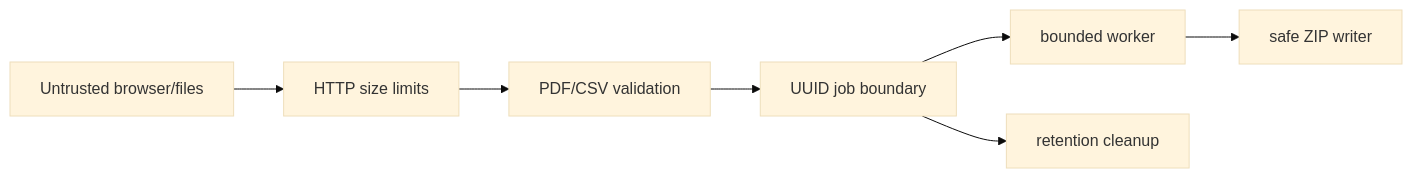
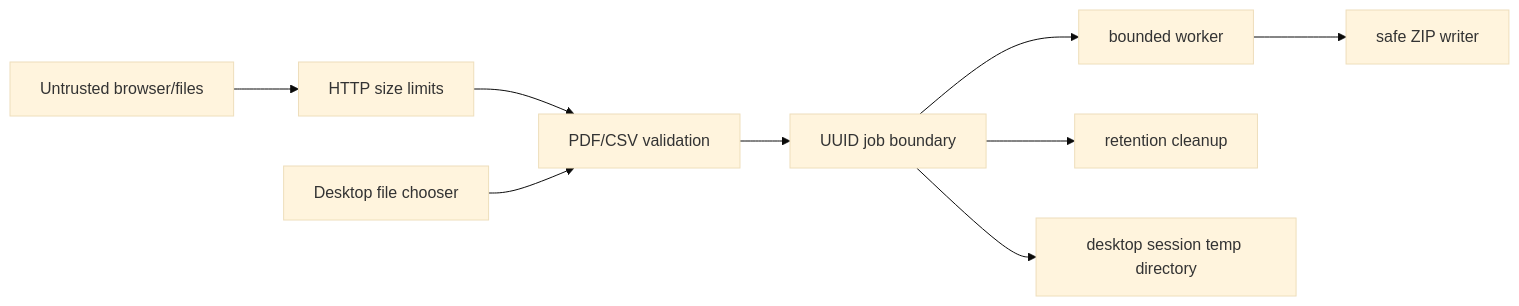
Before and after one commit to wasiliy-strecker/pdf-batch-studio: the diagram in SECURITY.md, drawn with Mermaid (base theme). The commit also changed other lines of this file and 41 other files, not shown here.

````diff
--- a/SECURITY.md
+++ b/SECURITY.md
@@ -16,9 +17,11 @@
 ```mermaid
 flowchart LR
     U[Untrusted browser/files] --> L[HTTP size limits]
     L --> V[PDF/CSV validation]
     V --> J[UUID job boundary]
     J --> W[bounded worker]
     W --> Z[safe ZIP writer]
     J --> C[retention cleanup]
+    D[Desktop file chooser] --> V
+    J --> T[desktop session temp directory]
 ```
````
